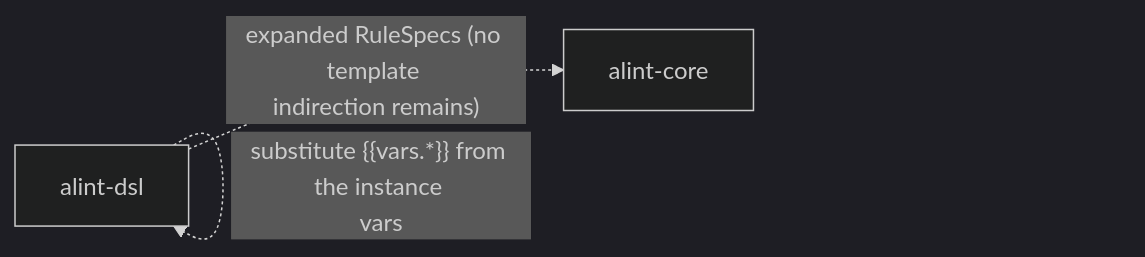
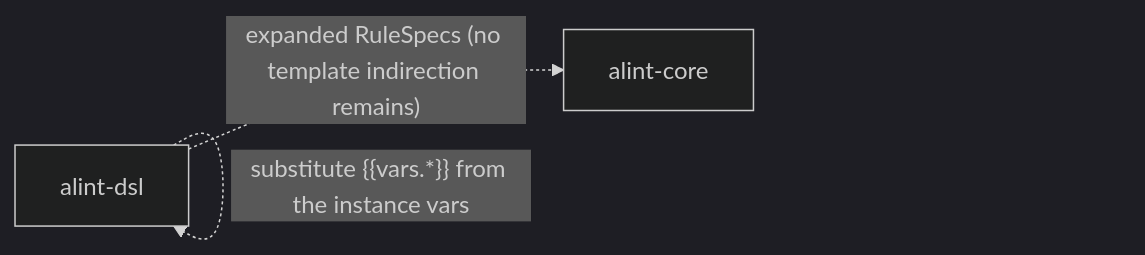
One commit to actions-marketplace-validations/asamarts_alint changed diagram 14 of 27 in docs/design/architecture/DIAGRAMS.md. Above: the diagram before and after it, drawn with Mermaid (dark theme). The commit also changed other lines of this file and 19 other files, not shown here.

````diff
--- a/docs/design/architecture/DIAGRAMS.md
+++ b/docs/design/architecture/DIAGRAMS.md
@@ -342,13 +315,9 @@
 ```mermaid
 graph LR
   AlintCliDsl["alint-dsl"]
   AlintCliCore["alint-core"]
-  AlintCliDsl -. "`collect templates by id (merged through 
-the extends chain)`" .-> AlintCliDsl
-  AlintCliDsl -. "`each rule with extends_template: clone 
-the template body`" .-> AlintCliDsl
-  AlintCliDsl -. "`substitute {{vars.*}} from the instance 
-vars`" .-> AlintCliDsl
-  AlintCliDsl -. "`expanded RuleSpecs (no template 
-indirection remains)`" .-> AlintCliCore
+  AlintCliDsl -. "`collect templates by id (merged through the extends chain)`" .-> AlintCliDsl
+  AlintCliDsl -. "`each rule with extends_template: clone the template body`" .-> AlintCliDsl
+  AlintCliDsl -. "`substitute {{vars.*}} from the instance vars`" .-> AlintCliDsl
+  AlintCliDsl -. "`expanded RuleSpecs (no template indirection remains)`" .-> AlintCliCore
 ```
````
